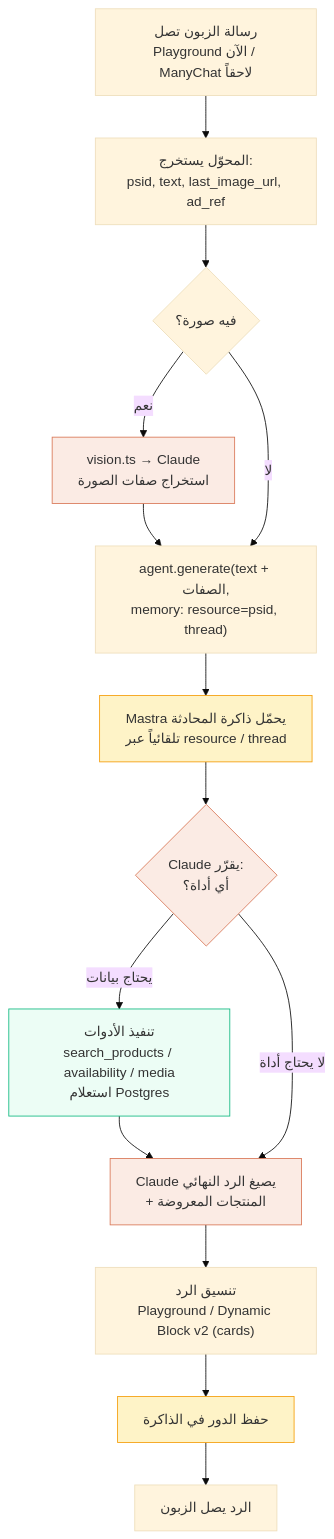
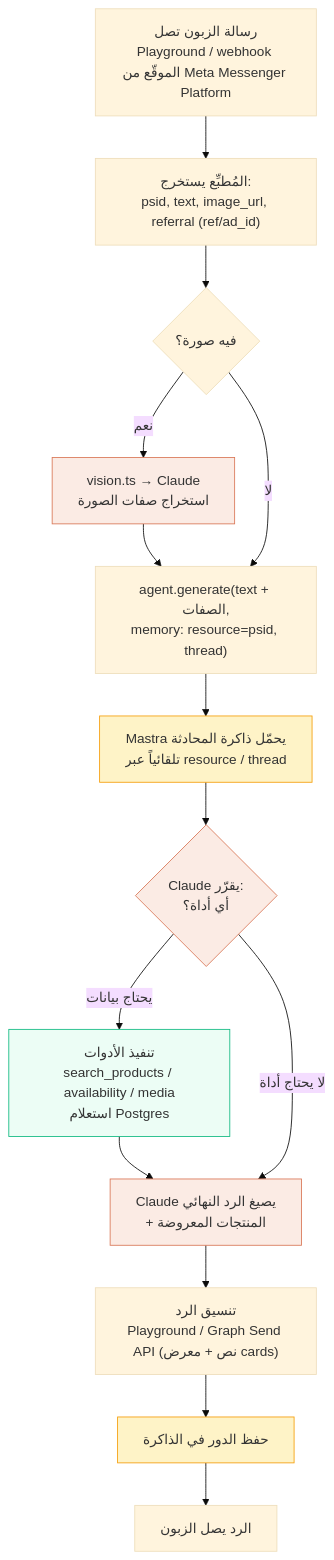
The diagram in docs/diagrams/03-message-flow.mermaid (Nedaldaher1/backend_ai_agent_facebook), drawn with Mermaid before and after one commit. The commit also changed 20 other files, not shown here.

First line of the commit message:
docs(messenger): add Meta setup runbook, scrub ManyChat repo-wide (WS6)

```diff
--- a/docs/diagrams/03-message-flow.mermaid
+++ b/docs/diagrams/03-message-flow.mermaid
@@ -1,29 +1,29 @@
 %%{init: {'theme':'base', 'themeVariables': {'fontFamily':'Tahoma, Arial, sans-serif'}}}%%
 flowchart TD
-    A["رسالة الزبون تصل<br/>Playground الآن / ManyChat لاحقاً"]
-    B["المحوّل يستخرج:<br/>psid, text, last_image_url, ad_ref"]
+    A["رسالة الزبون تصل<br/>Playground / webhook الموقّع من Meta Messenger Platform"]
+    B["المُطبِّع يستخرج:<br/>psid, text, image_url, referral (ref/ad_id)"]
     C{"فيه صورة؟"}
     D["vision.ts → Claude<br/>استخراج صفات الصورة"]
     E["agent.generate(text + الصفات,<br/>memory: resource=psid, thread)"]
     F["Mastra يحمّل ذاكرة المحادثة<br/>تلقائياً عبر resource / thread"]
     G{"Claude يقرّر:<br/>أي أداة؟"}
     H["تنفيذ الأدوات<br/>search_products / availability / media<br/>استعلام Postgres"]
     I["Claude يصيغ الرد النهائي<br/>+ المنتجات المعروضة"]
-    J["تنسيق الرد<br/>Playground / Dynamic Block v2 (cards)"]
+    J["تنسيق الرد<br/>Playground / Graph Send API (نص + معرض cards)"]
     K["حفظ الدور في الذاكرة"]
     L["الرد يصل الزبون"]
 
     A --> B --> C
     C -->|نعم| D --> E
     C -->|لا| E
     E --> F --> G
     G -->|يحتاج بيانات| H --> I
     G -->|لا يحتاج أداة| I
     I --> J --> K --> L
 
     style D fill:#FBEBE4,stroke:#D97757
     style G fill:#FBEBE4,stroke:#D97757
     style I fill:#FBEBE4,stroke:#D97757
     style H fill:#ECFDF5,stroke:#10B981
     style F fill:#FEF3C7,stroke:#F59E0B
     style K fill:#FEF3C7,stroke:#F59E0B
```
